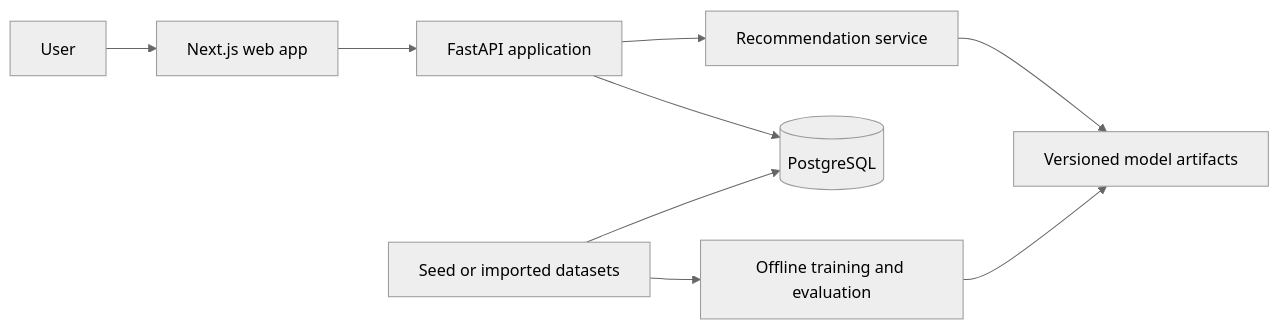
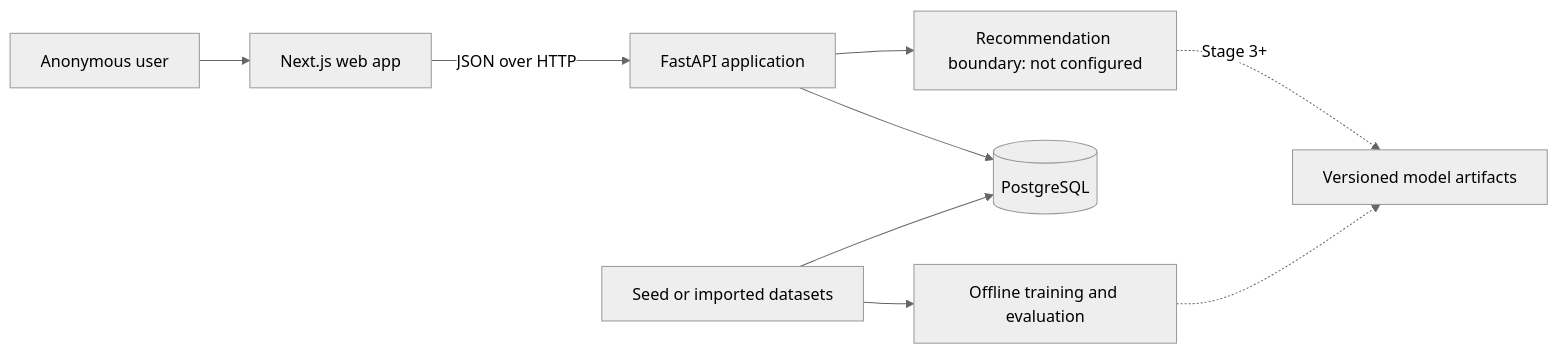
The diagram in README.md (Khang206206/gamelens-ai), drawn with Mermaid (neutral theme) before and after one commit. The commit also changed other lines of this file and 67 other files, not shown here.

Commit message:
feat(web): complete Stage 2 frontend foundation

````diff
--- a/README.md
+++ b/README.md
@@ -44,11 +53,11 @@
 ```mermaid
 flowchart LR
-    U["User"] --> W["Next.js web app"]
-    W --> A["FastAPI application"]
+    U["Anonymous user"] --> W["Next.js web app"]
+    W -->|"JSON over HTTP"| A["FastAPI application"]
     A --> P[("PostgreSQL")]
-    A --> R["Recommendation service"]
-    R --> M["Versioned model artifacts"]
-    T["Offline training and evaluation"] --> M
+    A --> R["Recommendation boundary: not configured"]
+    R -. "Stage 3+" .-> M["Versioned model artifacts"]
+    T["Offline training and evaluation"] -.-> M
     D["Seed or imported datasets"] --> T
     D --> P
 ```
````
